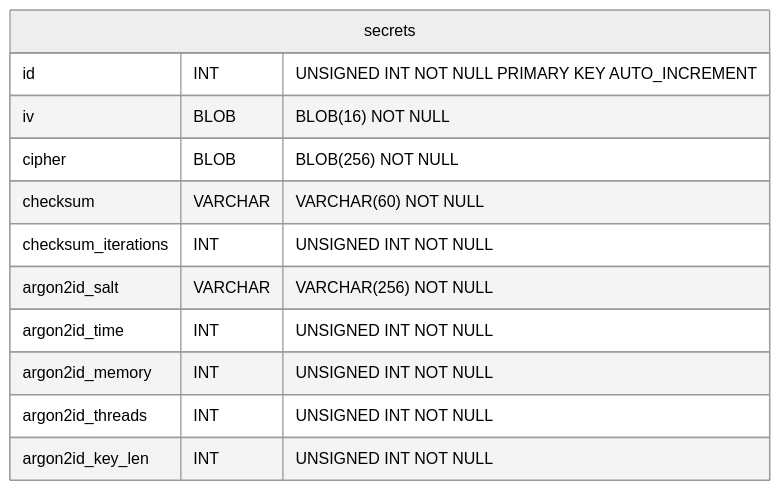
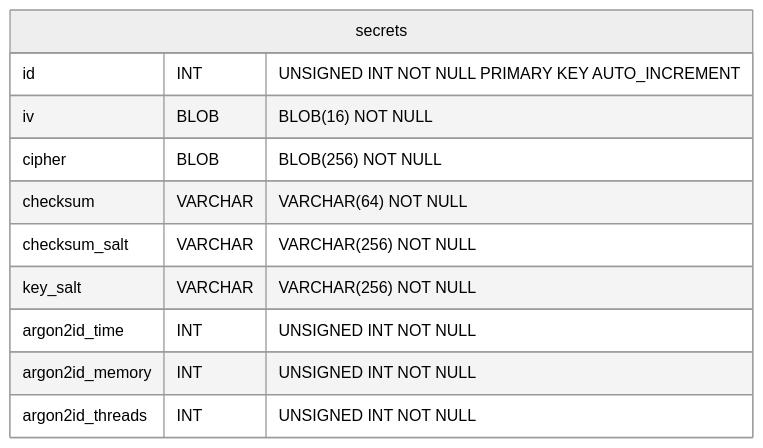
One commit to RogueTeam/guardian changed the diagram in docs/whitepaper.md. Above: the diagram before and after it, drawn with Mermaid (neutral theme). The commit also changed other lines of this file and 2 other files, not shown here.

First line of the commit message:
feat: updated checksum algorithm

````diff
--- a/docs/whitepaper.md
+++ b/docs/whitepaper.md
@@ -42,17 +34,16 @@
 ```mermaid
 erDiagram
 
 
 secrets {
     id                        INT     "UNSIGNED INT NOT NULL PRIMARY KEY AUTO_INCREMENT"
     iv                        BLOB    "BLOB(16)     NOT NULL"
     cipher                    BLOB    "BLOB(256)    NOT NULL"
-    checksum                  VARCHAR "VARCHAR(60)  NOT NULL"
-    checksum_iterations       INT     "UNSIGNED INT NOT NULL"
-    argon2id_salt             VARCHAR "VARCHAR(256) NOT NULL"
+    checksum                  VARCHAR "VARCHAR(64)  NOT NULL"
+    checksum_salt             VARCHAR "VARCHAR(256) NOT NULL"
+    key_salt                  VARCHAR "VARCHAR(256) NOT NULL"
     argon2id_time             INT     "UNSIGNED INT NOT NULL"
     argon2id_memory           INT     "UNSIGNED INT NOT NULL"
     argon2id_threads          INT     "UNSIGNED INT NOT NULL"
-    argon2id_key_len          INT     "UNSIGNED INT NOT NULL"
 }
 ```
````
